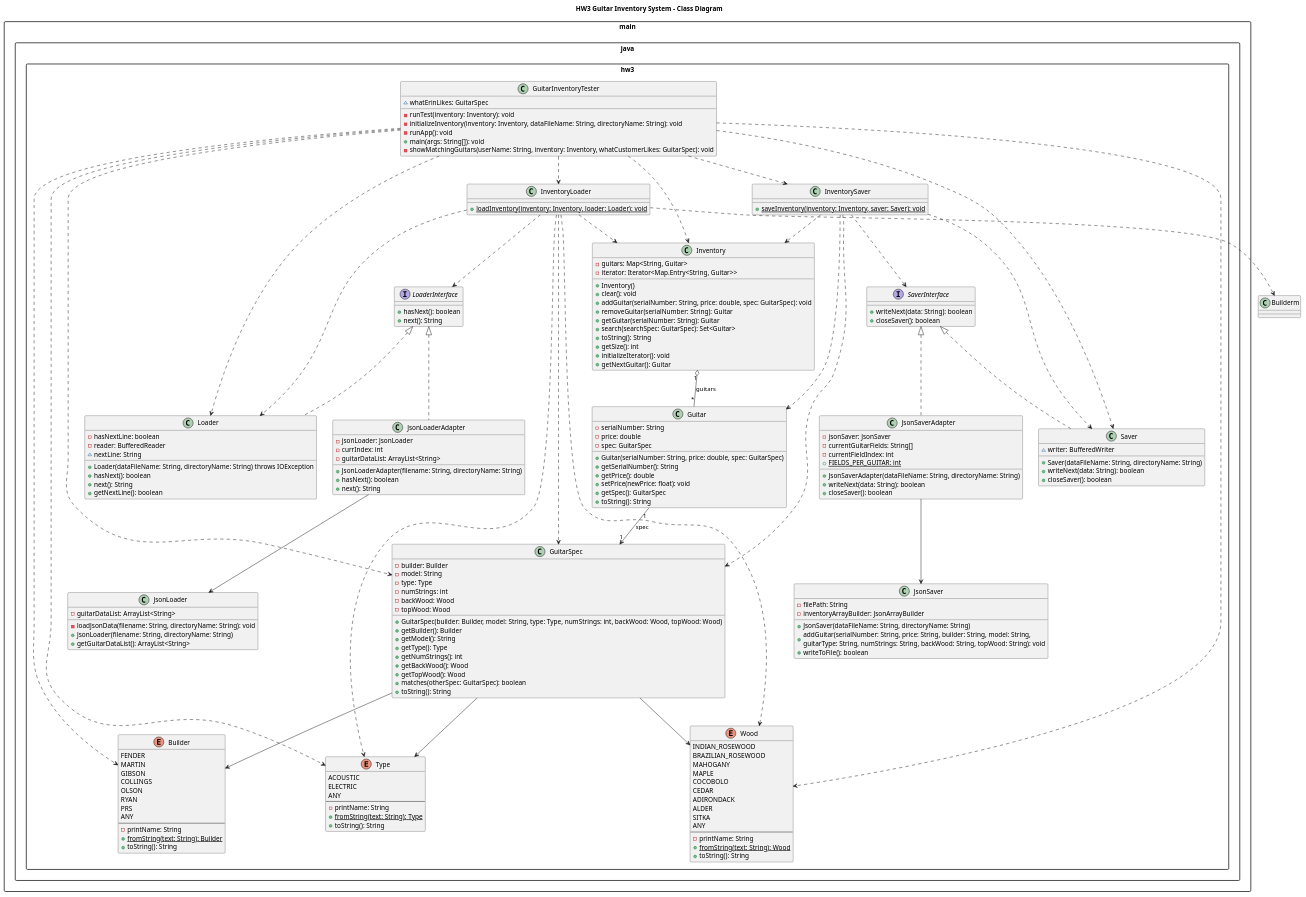
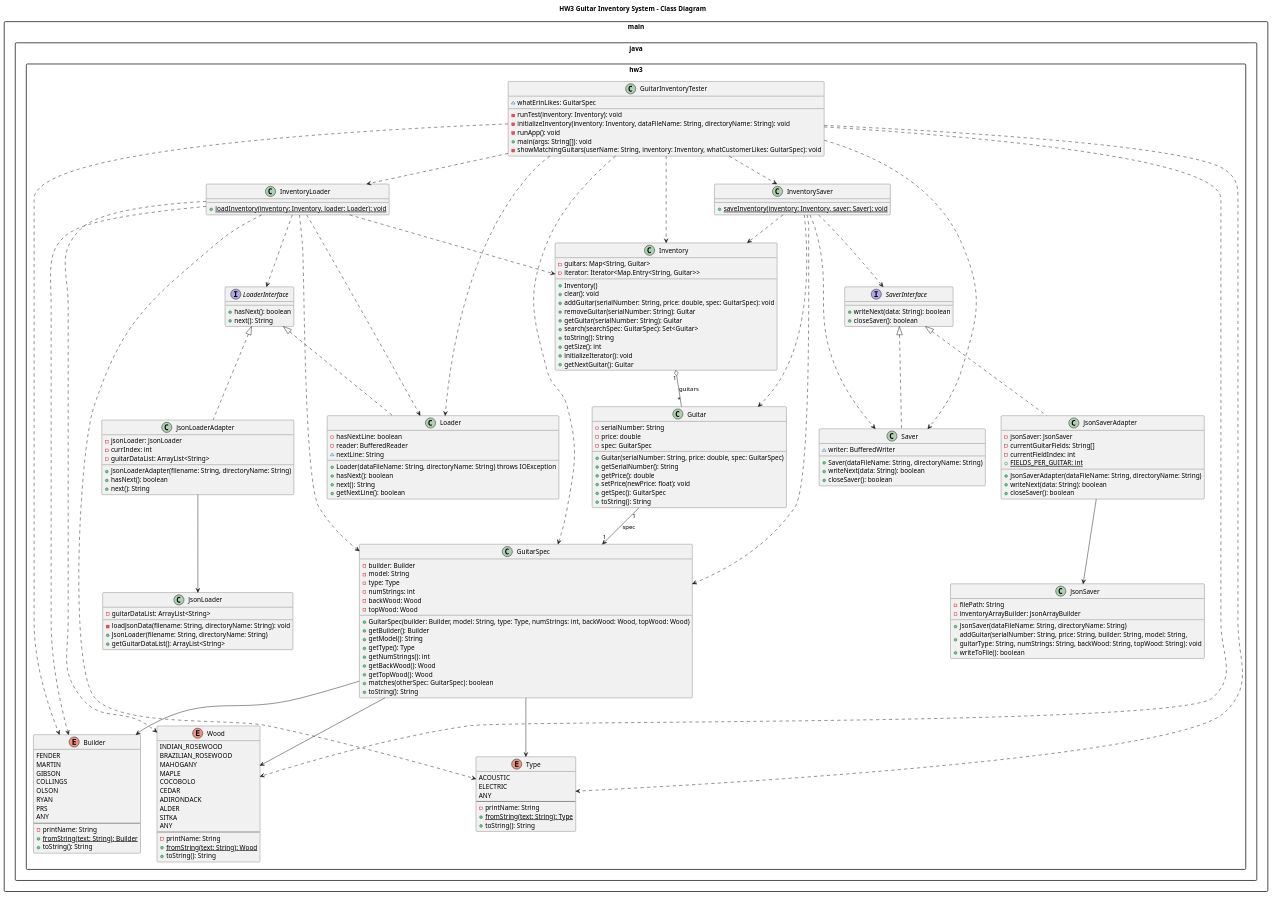
One commit to pjc0210/csse374-hw3 changed the diagram in docs/HW3 final design.puml. Above: the diagram before and after it, drawn with PlantUML.

Commit message:
HW3 Ready for Grading

```diff
--- a/docs/HW3 final design.puml
+++ b/docs/HW3 final design.puml
@@ -204,7 +204,7 @@
 InventoryLoader ..> Inventory
 InventoryLoader ..> Loader
 InventoryLoader ..> GuitarSpec
-InventoryLoader ..> Builderm
+InventoryLoader ..> Builder
 InventoryLoader ..> Type
 InventoryLoader ..> Wood
 
```
